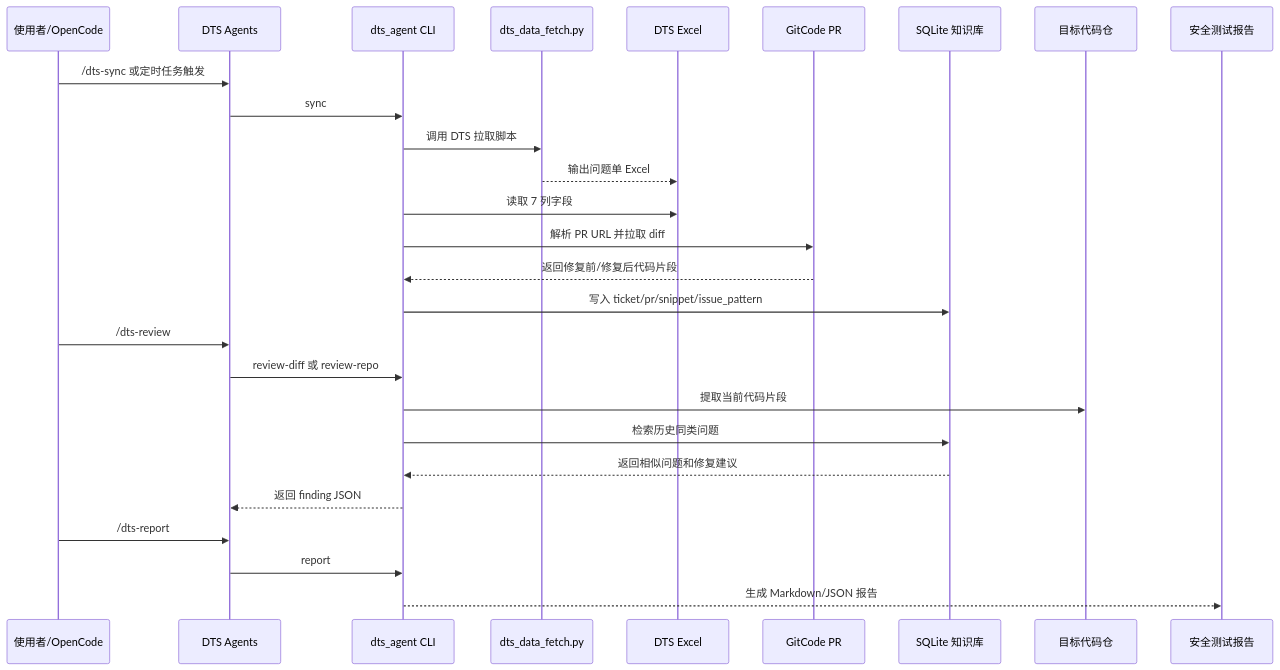
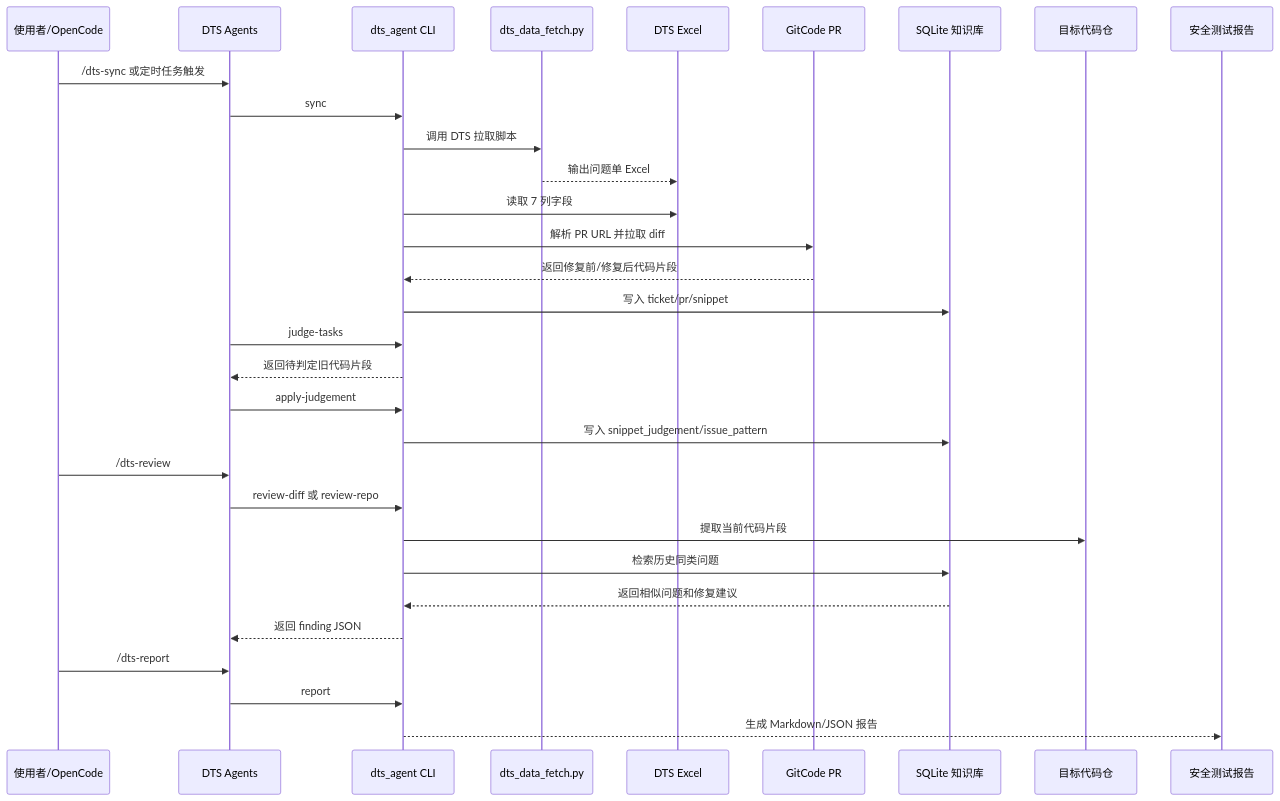
One commit to HHHHFJ/DTS_agent changed the diagram in README.md. Above: the diagram before and after it, drawn with Mermaid. The commit also changed other lines of this file and 23 other files, not shown here.

Commit message:
Add OpenCode agent judgement workflow

````diff
--- a/README.md
+++ b/README.md
@@ -17,30 +17,34 @@
 ```mermaid
 sequenceDiagram
   participant User as 使用者/OpenCode
   participant Agent as DTS Agents
   participant CLI as dts_agent CLI
   participant Fetch as dts_data_fetch.py
   participant Excel as DTS Excel
   participant GitCode as GitCode PR
   participant KB as SQLite 知识库
   participant Repo as 目标代码仓
   participant Report as 安全测试报告
 
   User->>Agent: /dts-sync 或定时任务触发
   Agent->>CLI: sync
   CLI->>Fetch: 调用 DTS 拉取脚本
   Fetch-->>Excel: 输出问题单 Excel
   CLI->>Excel: 读取 7 列字段
   CLI->>GitCode: 解析 PR URL 并拉取 diff
   GitCode-->>CLI: 返回修复前/修复后代码片段
-  CLI->>KB: 写入 ticket/pr/snippet/issue_pattern
+  CLI->>KB: 写入 ticket/pr/snippet
+  Agent->>CLI: judge-tasks
+  CLI-->>Agent: 返回待判定旧代码片段
+  Agent->>CLI: apply-judgement
+  CLI->>KB: 写入 snippet_judgement/issue_pattern
   User->>Agent: /dts-review
   Agent->>CLI: review-diff 或 review-repo
   CLI->>Repo: 提取当前代码片段
   CLI->>KB: 检索历史同类问题
   KB-->>CLI: 返回相似问题和修复建议
   CLI-->>Agent: 返回 finding JSON
   User->>Agent: /dts-report
   Agent->>CLI: report
   CLI-->>Report: 生成 Markdown/JSON 报告
 ```
````
